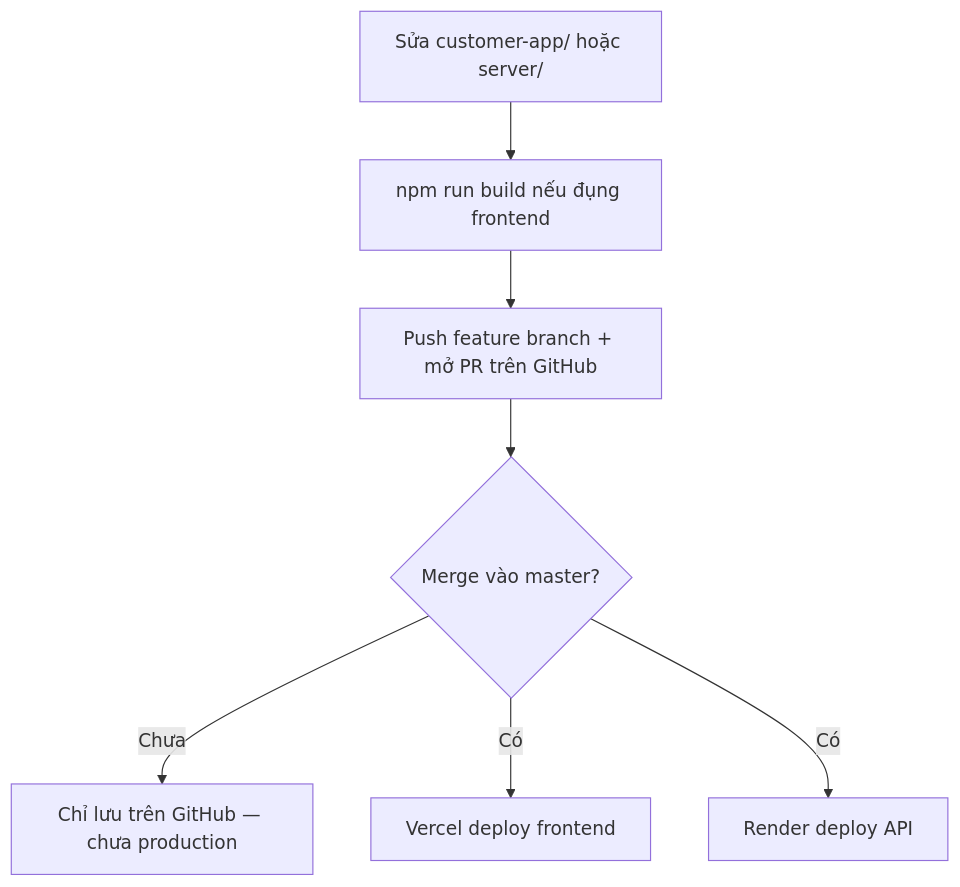
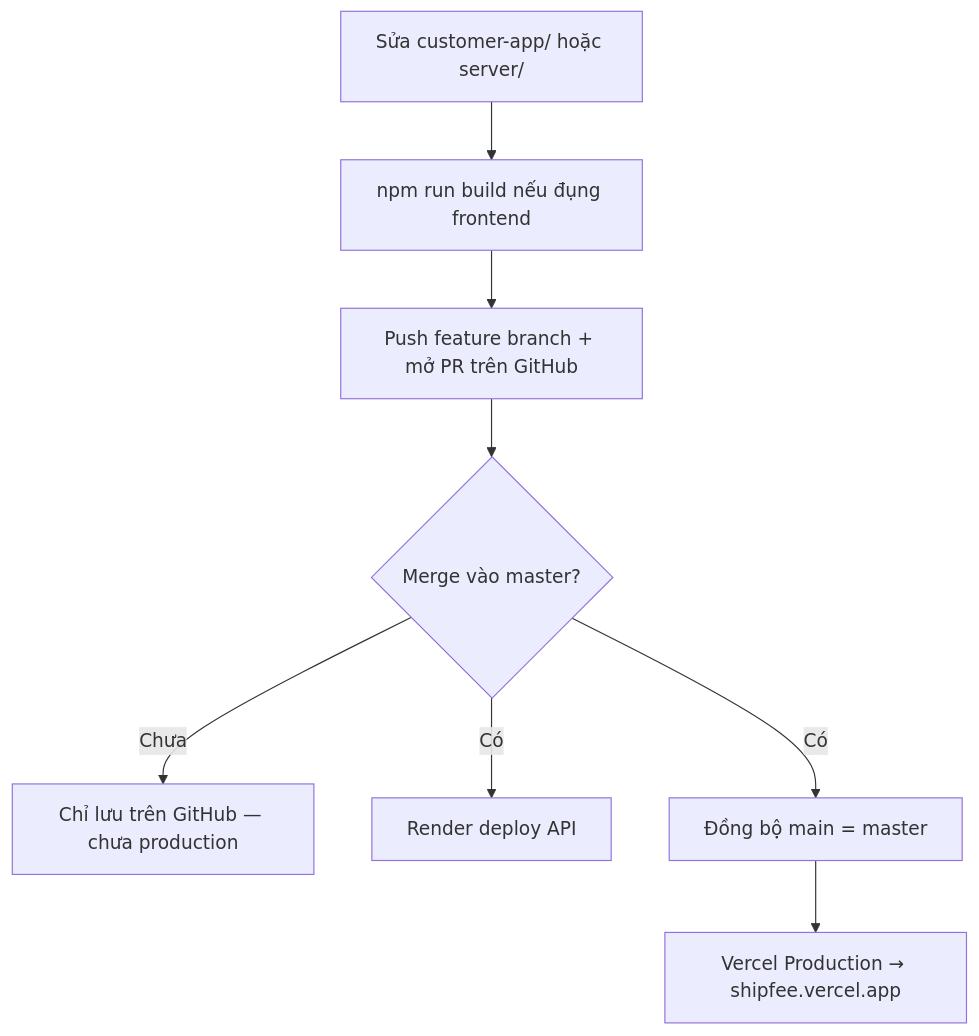
Before and after one commit to HieuHuynh23/shipfee: the second of 2 diagrams in DEPLOYMENT_GUIDE.md, drawn with Mermaid. The commit also changed other lines of this file and 2 other files, not shown here.

First line of the commit message:
docs: Vercel Production uses main, not master

````diff
--- a/DEPLOYMENT_GUIDE.md
+++ b/DEPLOYMENT_GUIDE.md
@@ -131,9 +131,10 @@
 ```mermaid
 flowchart TD
   A["Sửa customer-app/ hoặc server/"] --> B["npm run build nếu đụng frontend"]
   B --> C["Push feature branch + mở PR trên GitHub"]
   C --> D{"Merge vào master?"}
   D -->|Chưa| E["Chỉ lưu trên GitHub — chưa production"]
-  D -->|Có| F["Vercel deploy frontend"]
   D -->|Có| G["Render deploy API"]
+  D -->|Có| H["Đồng bộ main = master"]
+  H --> F["Vercel Production → shipfee.vercel.app"]
 ```
````
